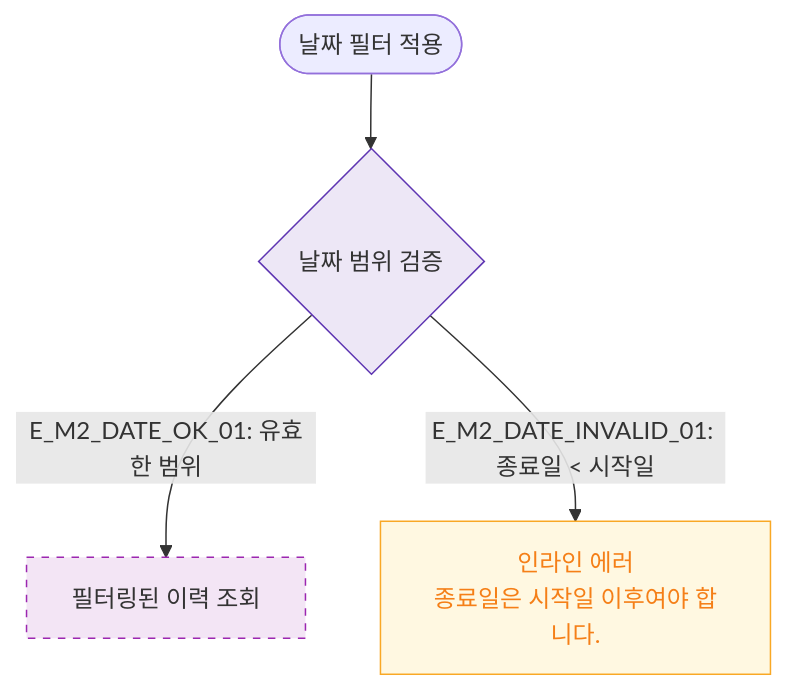
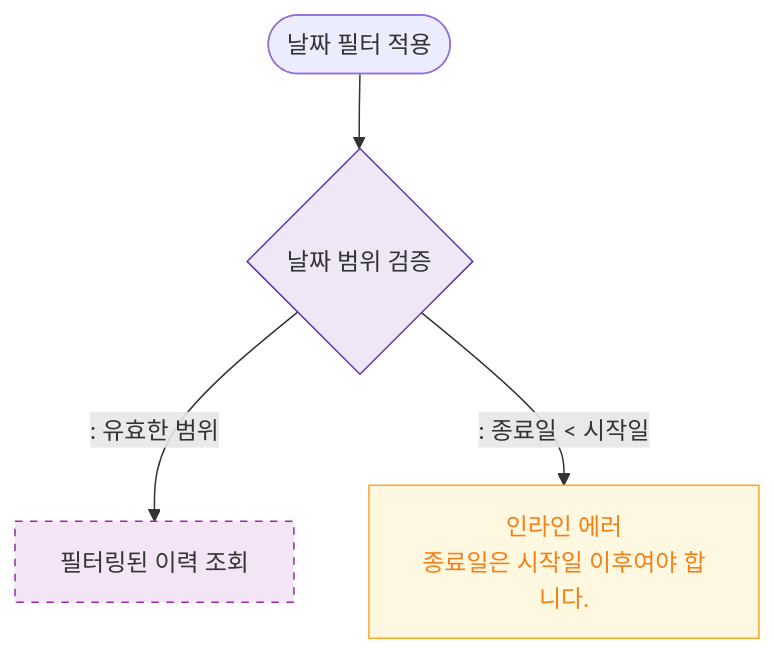
One commit to dev-spogym/admin-pando changed the diagram in docs/다이어그램/D05_상품관리/DLG/DLG-P015_입출고이력/M2_필드검증.md. Above: the diagram before and after it, drawn with Mermaid. The commit also changed other lines of this file and 1660 other files, not shown here.

First line of the commit message:
다이어그램: 기획자/클라이언트 납품본으로 정리

````diff
--- a/docs/다이어그램/D05_상품관리/DLG/DLG-P015_입출고이력/M2_필드검증.md
+++ b/docs/다이어그램/D05_상품관리/DLG/DLG-P015_입출고이력/M2_필드검증.md
@@ -16,13 +14,13 @@
 ```mermaid
 flowchart TD
     FILTER([날짜 필터 적용]) --> DateCheck{날짜 범위 검증}
-    DateCheck -->|"E_M2_DATE_OK_01: 유효한 범위"| FetchFiltered[필터링된 이력 조회]
-    DateCheck -->|"E_M2_DATE_INVALID_01: 종료일 < 시작일"| ErrDate[인라인 에러\n종료일은 시작일 이후여야 합니다.]
+    DateCheck -->|": 유효한 범위"|FetchFiltered[필터링된 이력 조회]
+    DateCheck -->|": 종료일 < 시작일"|ErrDate[인라인 에러\n종료일은 시작일 이후여야 합니다.]
 
     classDef newFeature fill:#F3E5F5,stroke:#9C27B0,stroke-dasharray:5 5
     classDef warning fill:#FFF8E1,stroke:#F9A825,color:#F57F17
     classDef system fill:#EDE7F6,stroke:#5E35B2
     class FetchFiltered newFeature
     class ErrDate warning
     class DateCheck system
 ```
````
